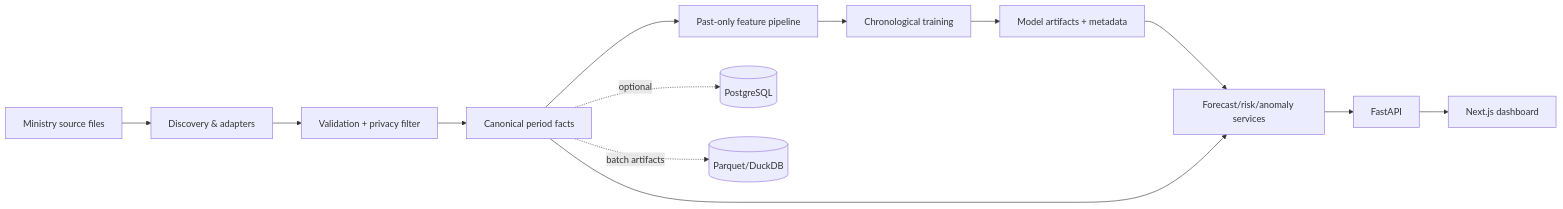
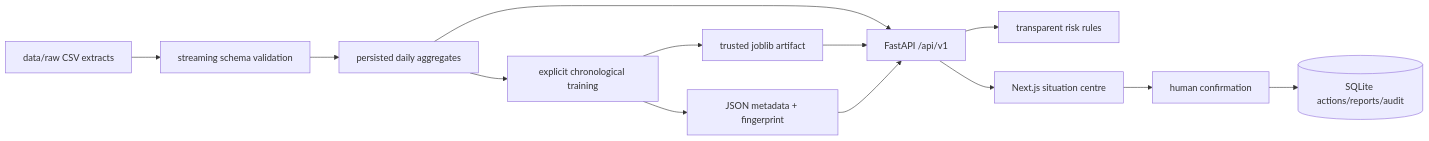
Before and after one commit to BAITC-Hacks/hack-905e692f-without-testing-function: the diagram in docs/ARCHITECTURE.md, drawn with Mermaid. The commit also changed other lines of this file and 32 other files, not shown here.

````diff
--- a/docs/ARCHITECTURE.md
+++ b/docs/ARCHITECTURE.md
@@ -3,15 +3,15 @@
 ```mermaid
 flowchart LR
-  S[Ministry source files] --> I[Discovery & adapters]
-  I --> V[Validation + privacy filter]
-  V --> C[Canonical period facts]
-  C --> F[Past-only feature pipeline]
-  F --> T[Chronological training]
-  T --> A[Model artifacts + metadata]
-  A --> B[Forecast/risk/anomaly services]
-  C --> B
-  B --> API[FastAPI]
-  API --> UI[Next.js dashboard]
-  C -. optional .-> DB[(PostgreSQL)]
-  C -. batch artifacts .-> P[(Parquet/DuckDB)]
+  RAW[data/raw CSV extracts] --> VAL[streaming schema validation]
+  VAL --> AGG[persisted daily aggregates]
+  AGG --> TRAIN[explicit chronological training]
+  TRAIN --> ART[trusted joblib artifact]
+  TRAIN --> META[JSON metadata + fingerprint]
+  AGG --> API[FastAPI /api/v1]
+  ART --> API
+  META --> API
+  API --> RISK[transparent risk rules]
+  API --> UI[Next.js situation centre]
+  UI --> HUMAN[human confirmation]
+  HUMAN --> DB[(SQLite actions/reports/audit)]
 ```
````
